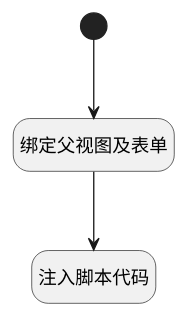
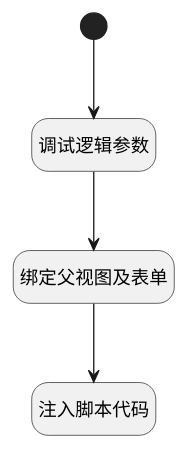
The diagram in doc/docsify/module/TestMgmt/review_content/uilogic/open_result.md (iBizLab/plm), drawn with PlantUML before and after one commit. The commit also changed other lines of this file and 799 other files, not shown here.

````diff
--- a/doc/docsify/module/TestMgmt/review_content/uilogic/open_result.md
+++ b/doc/docsify/module/TestMgmt/review_content/uilogic/open_result.md
@@ -7,21 +7,23 @@
 ```plantuml
 @startuml
 hide footbox
 <style>
 root {
   HyperlinkColor #42b983
 }
 </style>
 
 hide empty description
 state "开始" as Begin <<start>> [[$./open_result#begin {开始}]]
 state "注入脚本代码" as RAWJSCODE2  [[$./open_result#rawjscode2 {注入脚本代码}]]
+state "调试逻辑参数" as DEBUGPARAM1  [[$./open_result#debugparam1 {调试逻辑参数}]]
 state "绑定父视图及表单" as PREPAREJSPARAM1  [[$./open_result#preparejsparam1 {绑定父视图及表单}]]
 
 
-Begin --> PREPAREJSPARAM1
+Begin --> DEBUGPARAM1
+DEBUGPARAM1 --> PREPAREJSPARAM1
 PREPAREJSPARAM1 --> RAWJSCODE2
 
 
 @enduml
 ```
````
